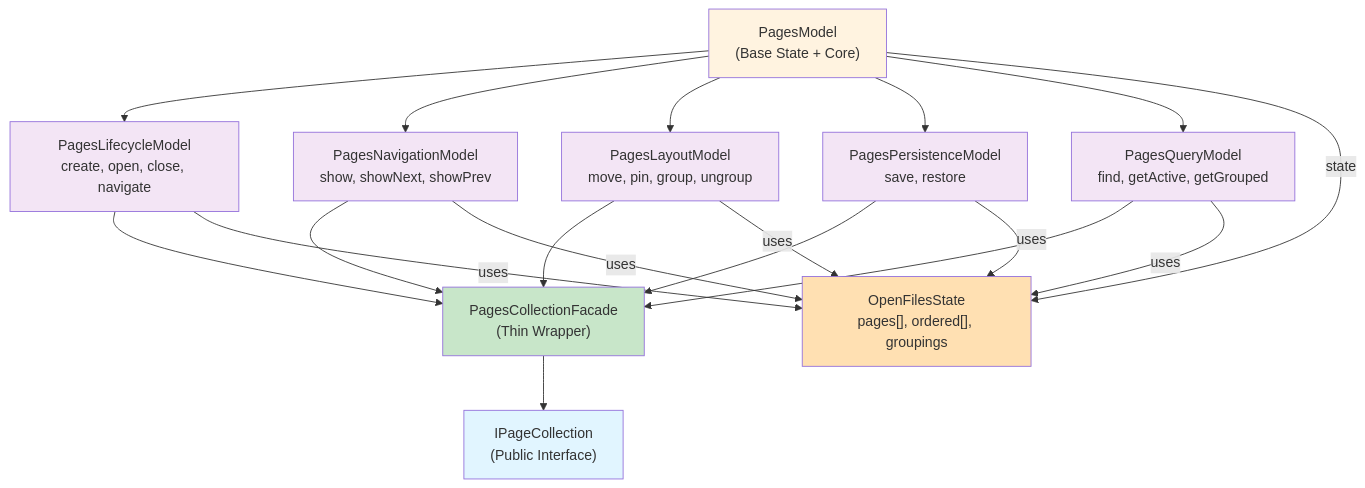
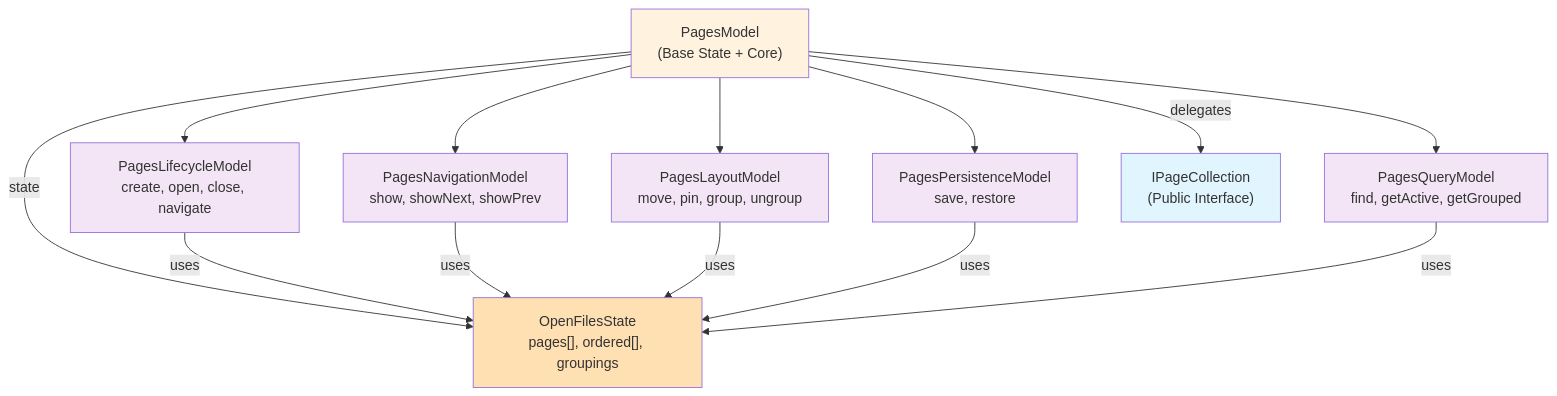
The fourth of 4 diagrams in doc/architecture/pages-architecture.md (andriy-viyatyk/persephone), drawn with Mermaid before and after one commit. The commit also changed other lines of this file and 146 other files, not shown here.

````diff
--- a/doc/architecture/pages-architecture.md
+++ b/doc/architecture/pages-architecture.md
@@ -169,35 +169,28 @@
 ```mermaid
 graph TD
     Base["PagesModel<br/>(Base State + Core)"]
 
     Base --> LC["PagesLifecycleModel<br/>create, open, close, navigate"]
     Base --> Nav["PagesNavigationModel<br/>show, showNext, showPrev"]
     Base --> Lay["PagesLayoutModel<br/>move, pin, group, ungroup"]
     Base --> Persist["PagesPersistenceModel<br/>save, restore"]
     Base --> Query["PagesQueryModel<br/>find, getActive, getGrouped"]
 
-    LC --> Facade["PagesCollectionFacade<br/>(Thin Wrapper)"]
-    Nav --> Facade
-    Lay --> Facade
-    Persist --> Facade
-    Query --> Facade
-
-    Facade --> IPC["IPageCollection<br/>(Public Interface)"]
+    Base -->|delegates| IPC["IPageCollection<br/>(Public Interface)"]
 
     Base -->|state| S["OpenFilesState<br/>pages[], ordered[], groupings"]
     LC -->|uses| S
     Nav -->|uses| S
     Lay -->|uses| S
     Persist -->|uses| S
     Query -->|uses| S
 
     style Base fill:#fff3e0
     style LC fill:#f3e5f5
     style Nav fill:#f3e5f5
     style Lay fill:#f3e5f5
     style Persist fill:#f3e5f5
     style Query fill:#f3e5f5
-    style Facade fill:#c8e6c9
     style IPC fill:#e1f5ff
     style S fill:#ffe0b2
 ```
````
